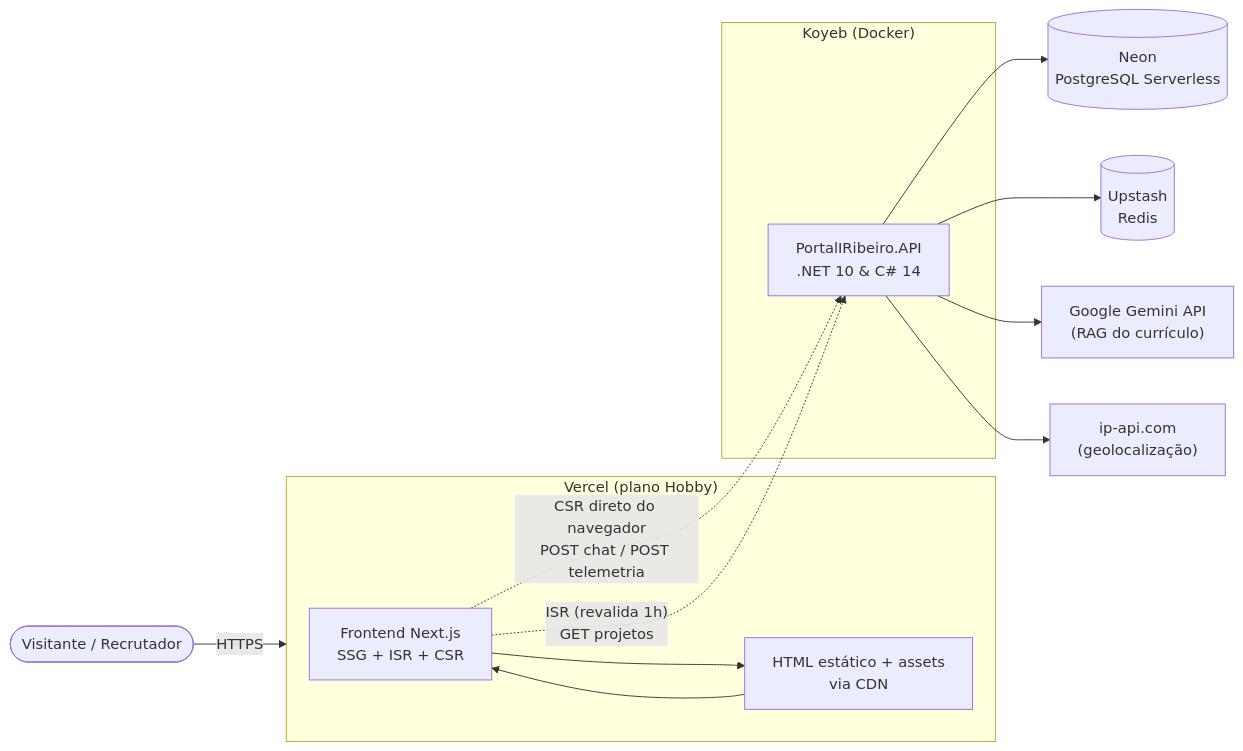
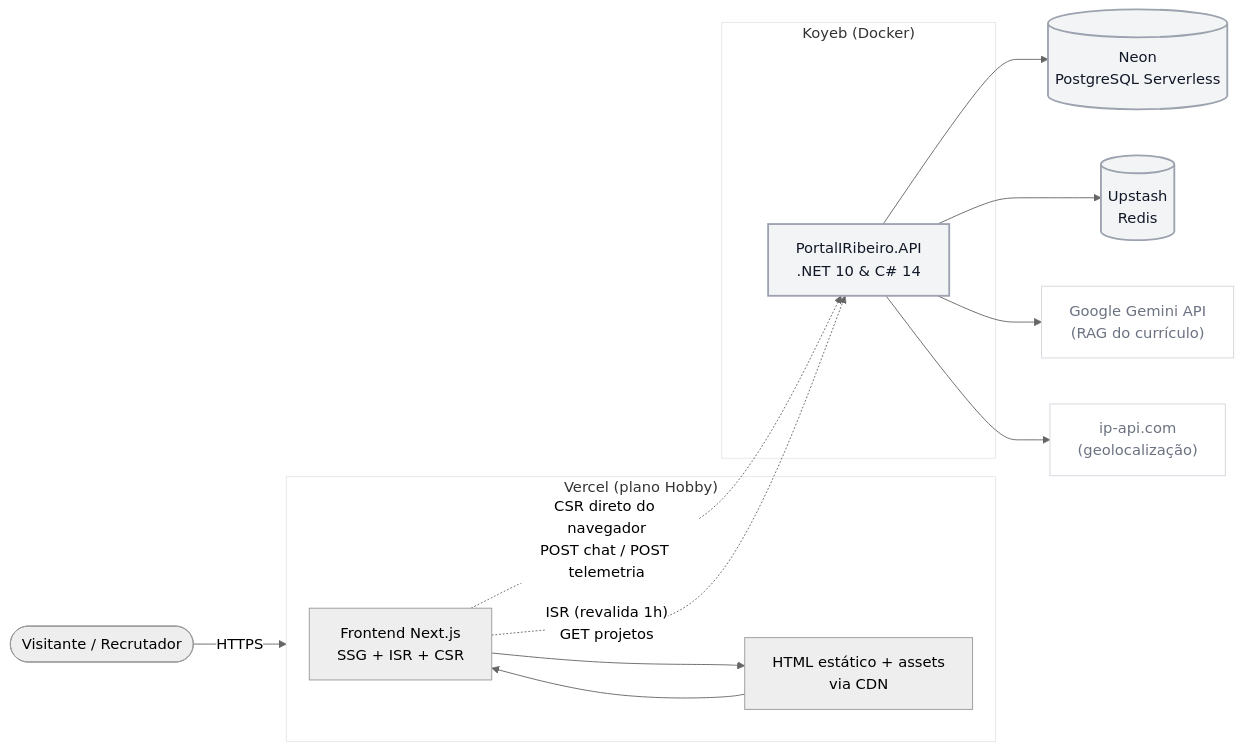
One commit to iribeirodev/PortalIRibeiro changed the first of 2 diagrams in README.md. Above: the diagram before and after it, drawn with Mermaid. The commit also changed other lines of this file and 2 other files, not shown here.

Commit message:
docs: restyle architecture diagram and rename gif assets

````diff
--- a/README.md
+++ b/README.md
@@ -20,22 +20,29 @@
 ```mermaid
+%%{init: {'theme': 'neutral'}}%%
 flowchart LR
     U([Visitante / Recrutador]) -->|HTTPS| V
 
     subgraph V["Vercel (plano Hobby)"]
         F["Frontend Next.js<br/>SSG + ISR + CSR"]
         S["HTML estático + assets<br/>via CDN"]
     end
 
     subgraph K["Koyeb (Docker)"]
-        A["PortalIRibeiro.API<br/>.NET 10 & C# 14"]
+        A["PortalIRibeiro.API<br/>.NET 10 & C# 14"]:::core
     end
 
     F --> S
     S --> F
     F -. "CSR direto do navegador<br/>POST chat / POST telemetria" .-> A
     F -. "ISR (revalida 1h)<br/>GET projetos" .-> A
-    A --> PG[("Neon<br/>PostgreSQL Serverless")]
-    A --> RD[("Upstash<br/>Redis")]
-    A --> G["Google Gemini API<br/>(RAG do currículo)"]
-    A --> I["ip-api.com<br/>(geolocalização)"]
+    A --> PG[("Neon<br/>PostgreSQL Serverless")]:::core
+    A --> RD[("Upstash<br/>Redis")]:::core
+    A --> G["Google Gemini API<br/>(RAG do currículo)"]:::ext
+    A --> I["ip-api.com<br/>(geolocalização)"]:::ext
+
+    style V fill:#ffffff,stroke:#e5e7eb,stroke-width:1px
+    style K fill:#ffffff,stroke:#e5e7eb,stroke-width:1px
+
+    classDef core fill:#f3f4f6,stroke:#9ca3af,stroke-width:2px,color:#111827;
+    classDef ext fill:#ffffff,stroke:#d1d5db,stroke-width:1px,color:#6b7280;
 ```
````
